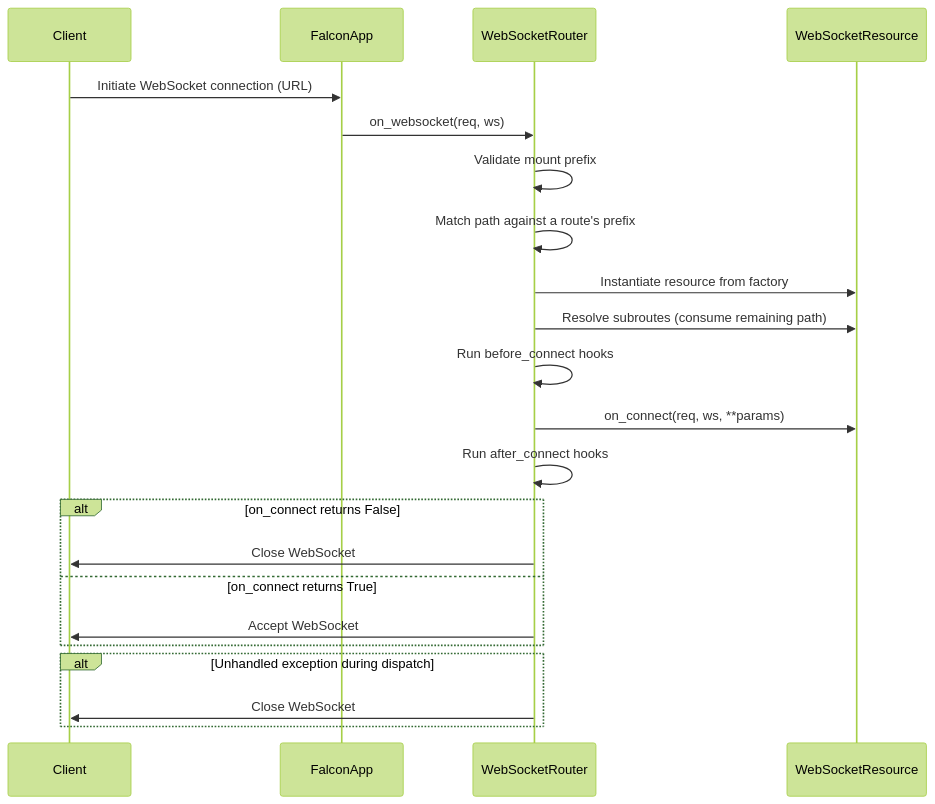
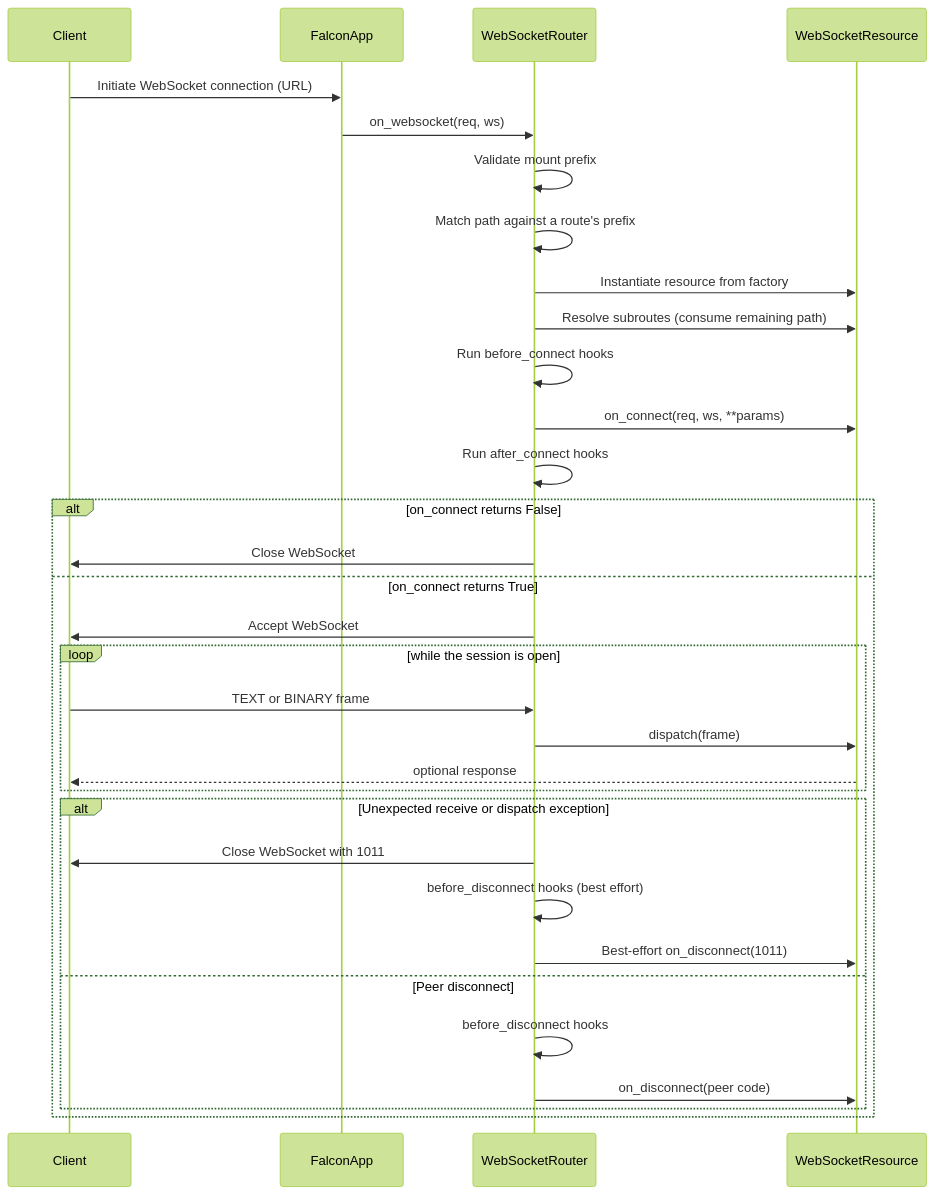
The fourth of 15 diagrams in docs/falcon-websocket-extension-design.md (leynos/falcon-pachinko), drawn with Mermaid (forest theme) before and after one commit. The commit also changed other lines of this file and 31 other files, not shown here.

First line of the commit message:
Implement a router-owned WebSocket receive and dispatch loop (#176) (#235)

````diff
--- a/docs/falcon-websocket-extension-design.md
+++ b/docs/falcon-websocket-extension-design.md
@@ -1044,25 +1047,35 @@
 ```mermaid
 sequenceDiagram
     participant Client
     participant FalconApp
     participant WebSocketRouter
     participant WebSocketResource
 
     Client->>FalconApp: Initiate WebSocket connection (URL)
     FalconApp->>WebSocketRouter: on_websocket(req, ws)
     WebSocketRouter->>WebSocketRouter: Validate mount prefix
     WebSocketRouter->>WebSocketRouter: Match path against a route's prefix
     WebSocketRouter->>WebSocketResource: Instantiate resource from factory
     WebSocketRouter->>WebSocketResource: Resolve subroutes (consume remaining path)
     WebSocketRouter->>WebSocketRouter: Run before_connect hooks
     WebSocketRouter->>WebSocketResource: on_connect(req, ws, **params)
     WebSocketRouter->>WebSocketRouter: Run after_connect hooks
     alt on_connect returns False
         WebSocketRouter->>Client: Close WebSocket
     else on_connect returns True
         WebSocketRouter->>Client: Accept WebSocket
-    end
-    alt Unhandled exception during dispatch
-        WebSocketRouter->>Client: Close WebSocket
+        loop while the session is open
+            Client->>WebSocketRouter: TEXT or BINARY frame
+            WebSocketRouter->>WebSocketResource: dispatch(frame)
+            WebSocketResource-->>Client: optional response
+        end
+        alt Unexpected receive or dispatch exception
+            WebSocketRouter->>Client: Close WebSocket with 1011
+            WebSocketRouter->>WebSocketRouter: before_disconnect hooks (best effort)
+            WebSocketRouter->>WebSocketResource: Best-effort on_disconnect(1011)
+        else Peer disconnect
+            WebSocketRouter->>WebSocketRouter: before_disconnect hooks
+            WebSocketRouter->>WebSocketResource: on_disconnect(peer code)
+        end
     end
 ```
````
